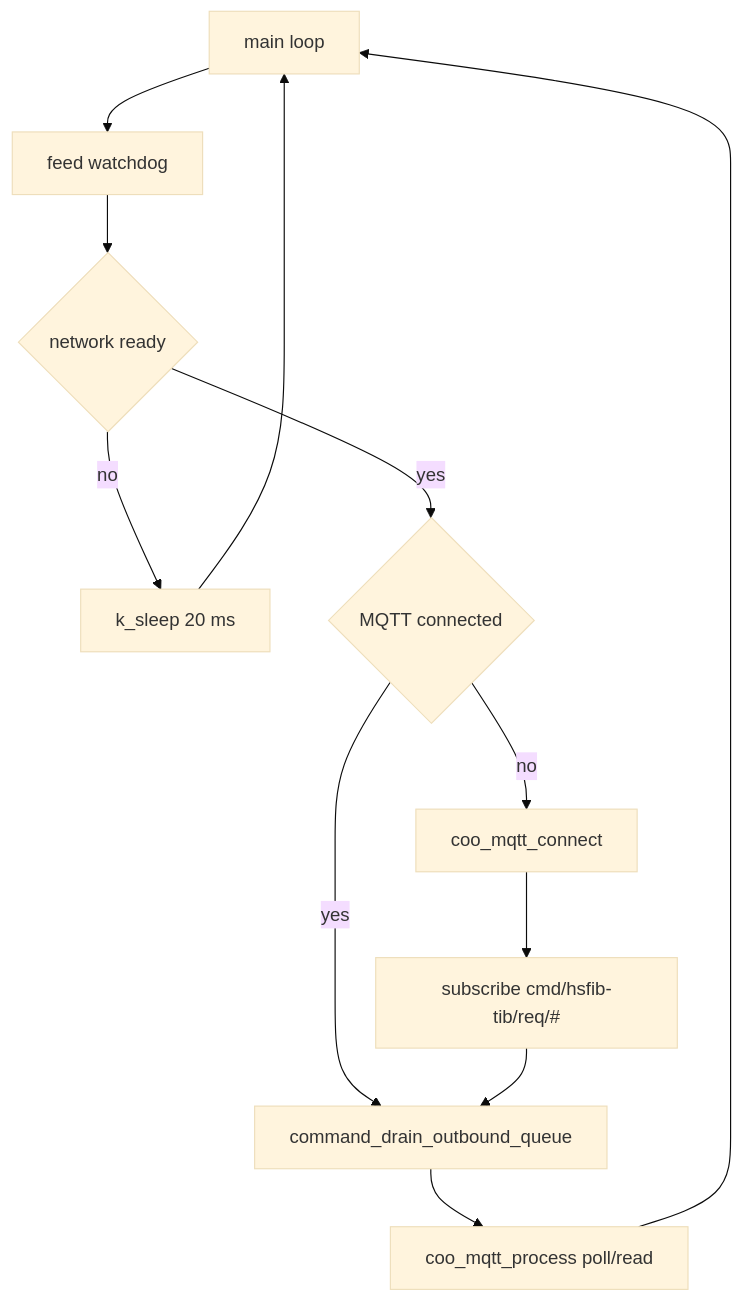
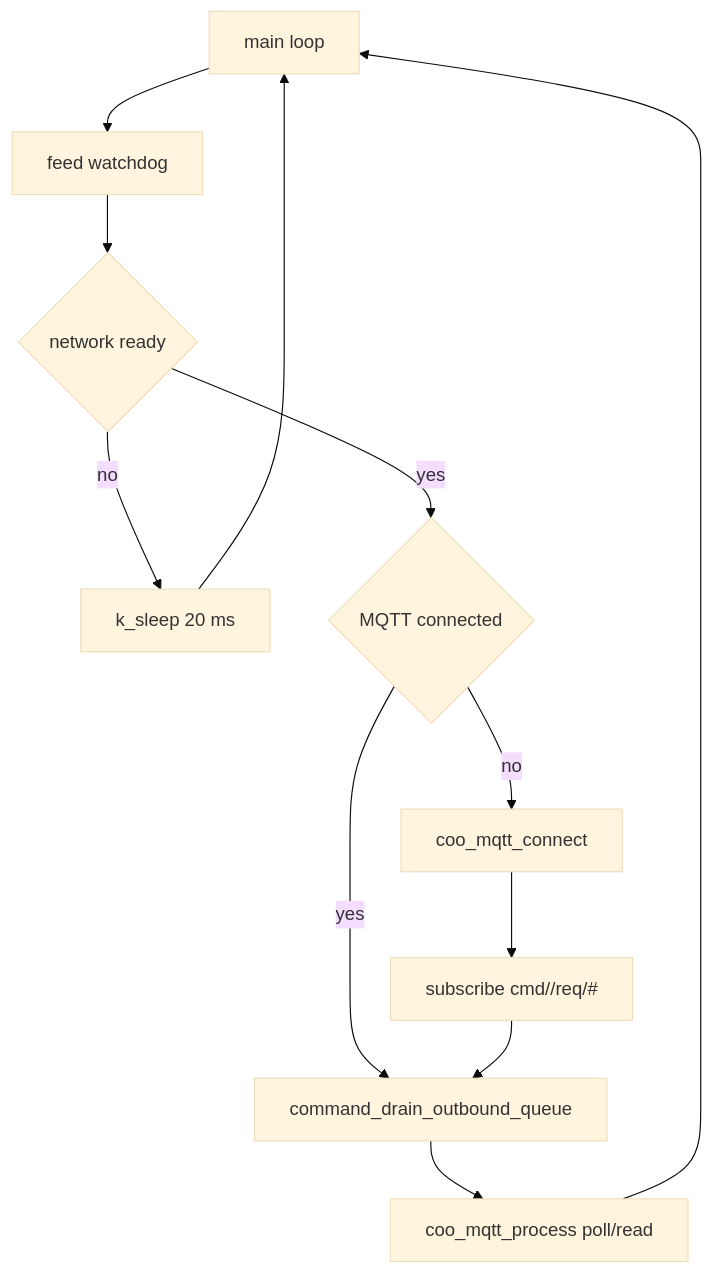
Before and after one commit to COO-Utilities/hispec-tib: the third of 17 diagrams in doc/diagrams.md, drawn with Mermaid (base theme). The commit also changed other lines of this file and 12 other files, not shown here.

````diff
--- a/doc/diagrams.md
+++ b/doc/diagrams.md
@@ -60,14 +60,14 @@
 ```mermaid
 flowchart TD
   Loop[main loop] --> Feed[feed watchdog]
   Feed --> Ready{network ready}
   Ready -- no --> Sleep[k_sleep 20 ms]
   Ready -- yes --> Connected{MQTT connected}
   Connected -- no --> Connect[coo_mqtt_connect]
   Connected -- yes --> Drain[command_drain_outbound_queue]
-  Connect --> Subscribe[subscribe cmd/hsfib-tib/req/#]
+  Connect --> Subscribe[subscribe cmd/<device>/req/#]
   Subscribe --> Drain
   Drain --> Process[coo_mqtt_process poll/read]
   Process --> Loop
   Sleep --> Loop
 ```
````
